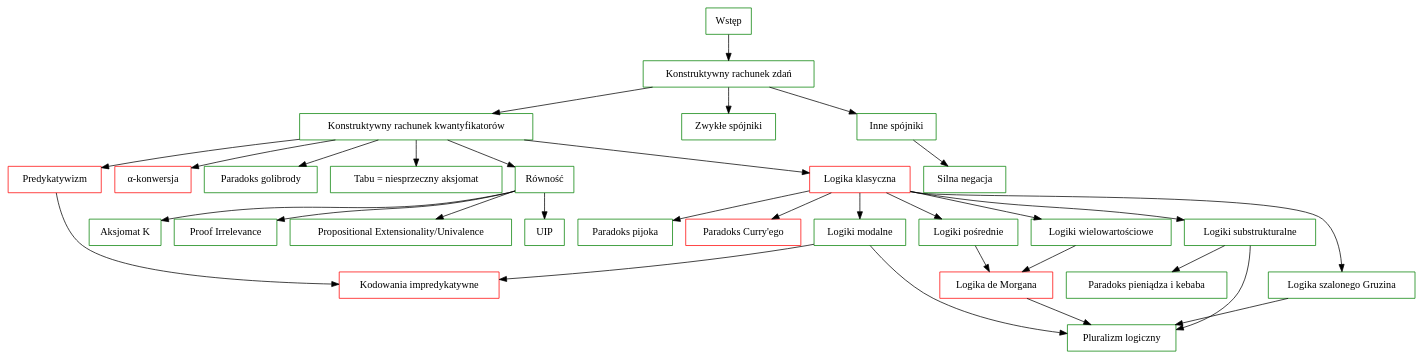
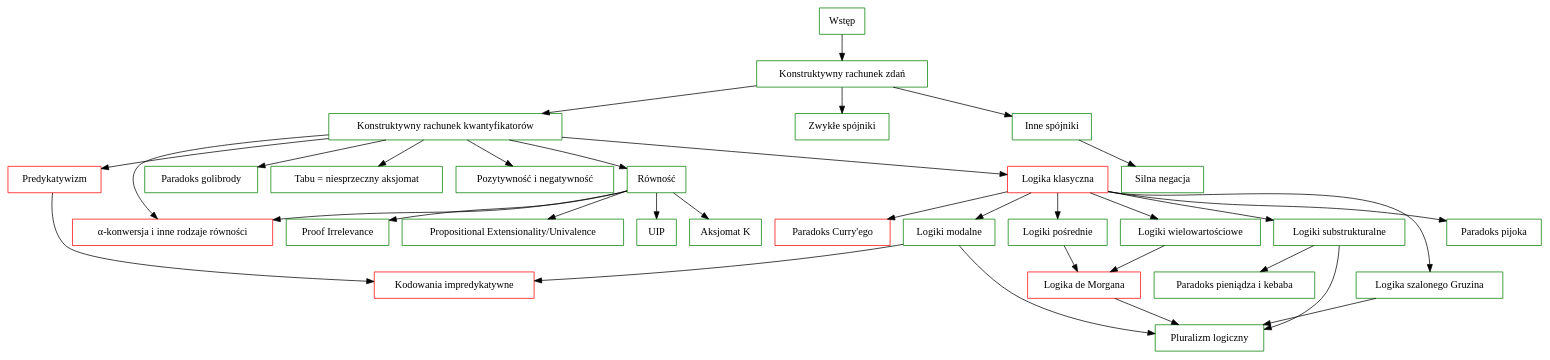
The diagram in txt/plany/logika.dot (wkolowski/Typonomikon), drawn with Graphviz before and after one commit. The commit also changed 34 other files, not shown here.

```diff
--- a/txt/plany/logika.dot
+++ b/txt/plany/logika.dot
@@ -1,51 +1,53 @@
 digraph
 {
   node          [shape=rectangle, color=green]
 
   A             [label = "Wstęp"]
 
   KRZ           [label = "Konstruktywny rachunek zdań"]
   KRK           [label = "Konstruktywny rachunek kwantyfikatorów"]
 
   LK            [label = "Logika klasyczna", color = red]
   LdM           [label = "Logika de Morgana", color = red]
 
   LModalne      [label = "Logiki modalne"]
   LPośrednie    [label = "Logiki pośrednie"]
   LSub          [label = "Logiki substrukturalne"]
   LMV           [label = "Logiki wielowartościowe"]
   CoL           [label = "Logika szalonego Gruzina"]
   
   Pred          [label = "Predykatywizm", color = red]
   Impred        [label = "Kodowania impredykatywne", color = red]
-  α             [label = "α-konwersja", color = red]
+  α             [label = "α-konwersja i inne rodzaje równości", color = red]
   
   Pijok         [label = "Paradoks pijoka"]
   Curry         [label = "Paradoks Curry'ego", color = red]
   Golibroda     [label = "Paradoks golibrody"]
   Kebab         [label = "Paradoks pieniądza i kebaba"]
 
   Tabu          [label = "Tabu = niesprzeczny aksjomat"]
 
   Pluralizm     [label = "Pluralizm logiczny"]
 
+  PosNeg        [label = "Pozytywność i negatywność"]
+
   A             -> KRZ
 
   KRZ           -> KRK, "Zwykłe spójniki", "Inne spójniki"
   "Inne spójniki" -> "Silna negacja"
-  KRK           -> LK, Tabu, Golibroda, Pred, α, Równość
+  KRK           -> LK, Tabu, Golibroda, Pred, α, Równość, PosNeg
 
   LK            -> {LModalne, LPośrednie, LSub, LMV, CoL, Pijok, Curry}
   LPośrednie    -> LdM
   LMV           -> LdM
 
   LdM           -> Pluralizm
   LSub          -> Pluralizm, Kebab
   LModalne      -> Pluralizm, Impred
   CoL           -> Pluralizm
 
   Pred          -> Impred
 
-  Równość       -> UIP, "Aksjomat K", "Proof Irrelevance", "Propositional Extensionality/Univalence"
+  Równość       -> UIP, "Aksjomat K", "Proof Irrelevance", "Propositional Extensionality/Univalence", α
 
 }
```
